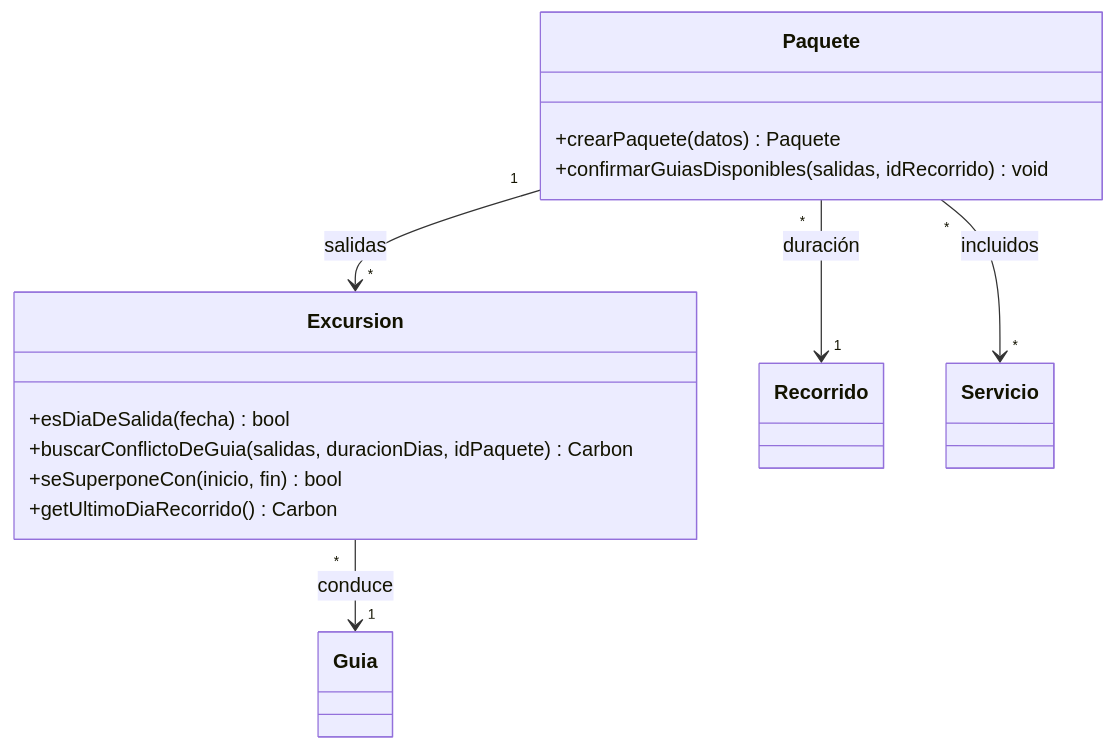
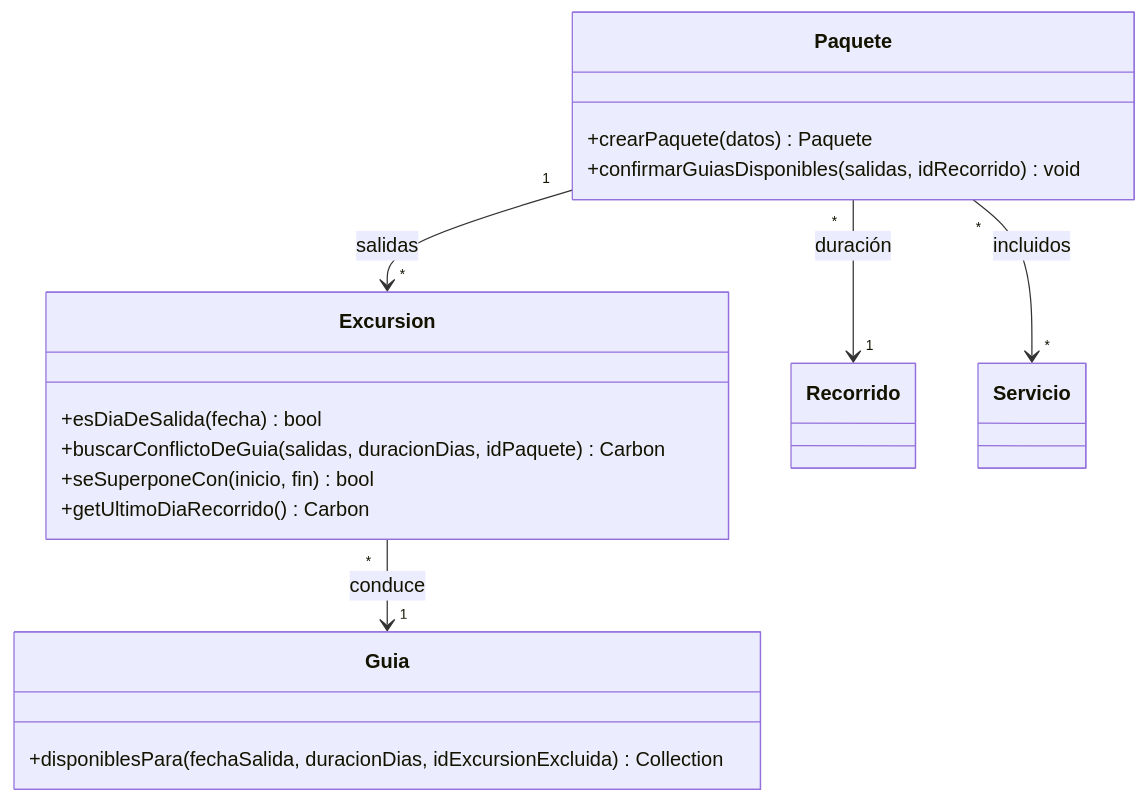
One commit to Tomacods/camino-del-inca changed the diagram in docs/cambios-diseno-cu01.md. Above: the diagram before and after it, drawn with Mermaid. The commit also changed other lines of this file and 8 other files, not shown here.

````diff
--- a/docs/cambios-diseno-cu01.md
+++ b/docs/cambios-diseno-cu01.md
@@ -59,21 +60,23 @@
 ```mermaid
 classDiagram
     direction TB
     class Paquete {
         +crearPaquete(datos) Paquete
         +confirmarGuiasDisponibles(salidas, idRecorrido) void
     }
     class Excursion {
         +esDiaDeSalida(fecha) bool
         +buscarConflictoDeGuia(salidas, duracionDias, idPaquete) Carbon
         +seSuperponeCon(inicio, fin) bool
         +getUltimoDiaRecorrido() Carbon
     }
-    class Guia
+    class Guia {
+        +disponiblesPara(fechaSalida, duracionDias, idExcursionExcluida) Collection
+    }
     class Recorrido
     class Servicio
     Paquete "1" --> "*" Excursion : salidas
     Paquete "*" --> "1" Recorrido : duración
     Paquete "*" --> "*" Servicio : incluidos
     Excursion "*" --> "1" Guia : conduce
 ```
````
